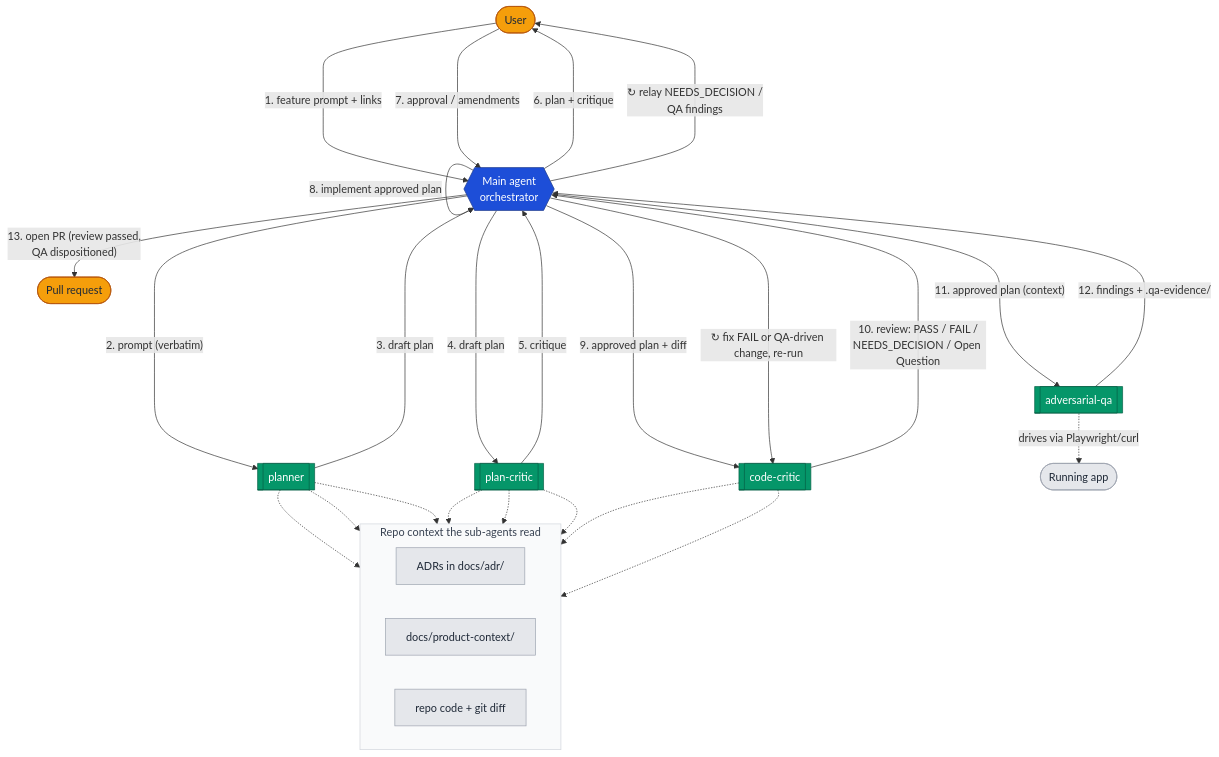
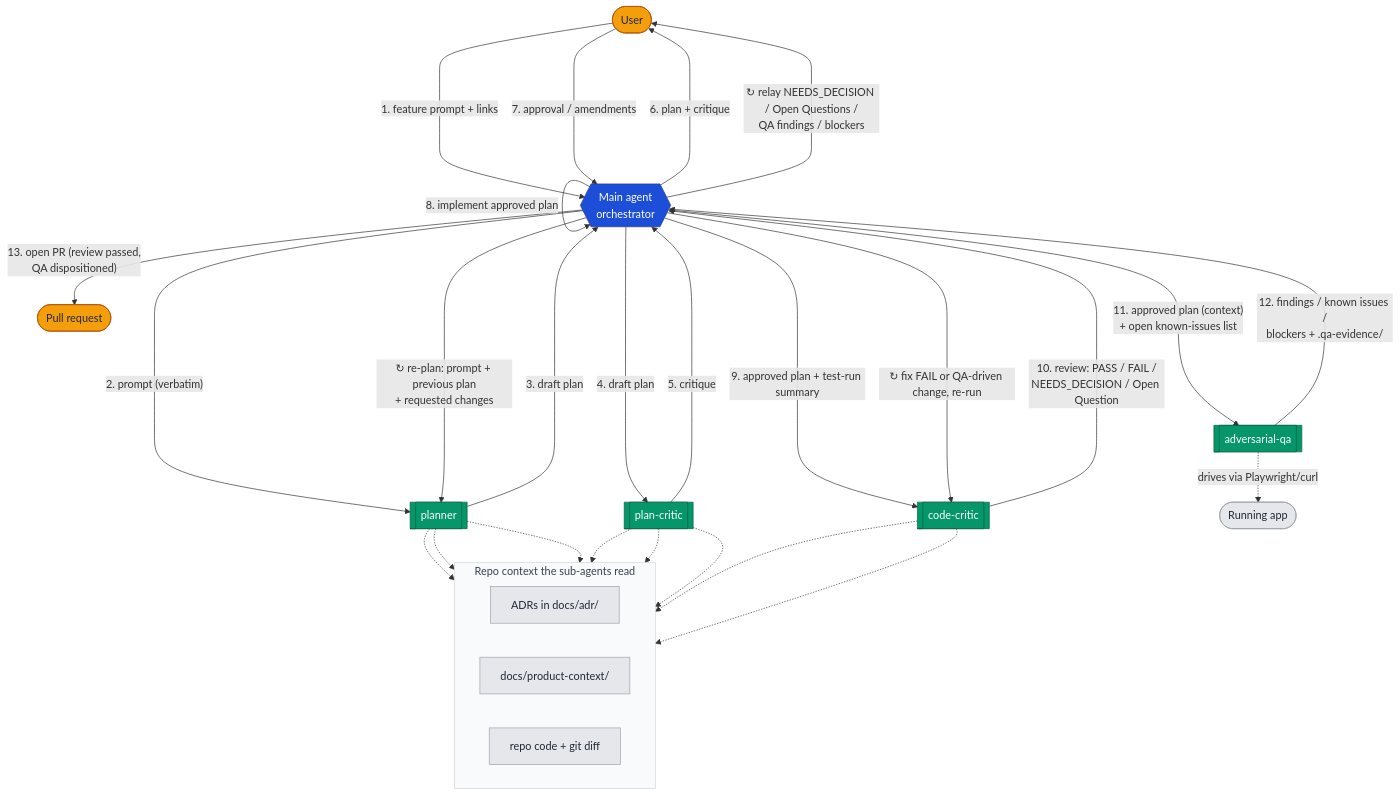
Before and after one commit to cunhaax/ai-workflow: the diagram in docs/AI-workflow.md, drawn with Mermaid. The commit also changed other lines of this file and 9 other files, not shown here.

````diff
--- a/docs/AI-workflow.md
+++ b/docs/AI-workflow.md
@@ -395,59 +401,60 @@
 ```mermaid
 flowchart TB
     User([User])
     PR([Pull request])
 
     subgraph Repo [Repo context the sub-agents read]
         direction LR
         ADR["ADRs in docs/adr/"]
         Docs["docs/product-context/"]
         Code["repo code + git diff"]
     end
 
     Main{{Main agent<br/>orchestrator}}
     Planner[[planner]]
     Critic[[plan-critic]]
     Reviewer[[code-critic]]
     QA[[adversarial-qa]]
     App([Running app])
 
     User -- "1. feature prompt + links" --> Main
 
     Main -- "2. prompt (verbatim)" --> Planner
     Planner -- "3. draft plan" ---> Main
+    Main -- "↻ re-plan: prompt + previous plan<br/>+ requested changes" ----> Planner
 
     Main -- "4. draft plan" --> Critic
     Critic -- "5. critique" ---> Main
 
     Main -- "6. plan + critique" ---> User
     User -- "7. approval / amendments" --> Main
 
     Main -- "8. implement approved plan" --> Main
 
-    Main -- "9. approved plan + diff" --> Reviewer
+    Main -- "9. approved plan + test-run summary" --> Reviewer
     Reviewer -- "10. review: PASS / FAIL /<br/>NEEDS_DECISION / Open Question" ---> Main
     Main -- "↻ fix FAIL or QA-driven change, re-run" ----> Reviewer
 
-    Main -- "11. approved plan (context)" --> QA
-    QA -- "12. findings + .qa-evidence/" ---> Main
+    Main -- "11. approved plan (context)<br/>+ open known-issues list" --> QA
+    QA -- "12. findings / known issues /<br/>blockers + .qa-evidence/" ---> Main
 
-    Main -- "↻ relay NEEDS_DECISION /<br/>QA findings" ----> User
+    Main -- "↻ relay NEEDS_DECISION / Open Questions /<br/>QA findings / blockers" ----> User
     Main -- "13. open PR (review passed,<br/>QA dispositioned)" --> PR
 
     Planner -.-> ADR & Docs & Code
     Critic -.-> ADR & Docs & Code
     Reviewer -.-> ADR & Code
     QA -. drives via Playwright/curl .-> App
 
     classDef hub fill:#1d4ed8,stroke:#1e3a8a,color:#ffffff;
     classDef agent fill:#059669,stroke:#065f46,color:#ffffff;
     classDef actor fill:#f59e0b,stroke:#b45309,color:#1f2937;
     classDef ctx fill:#e5e7eb,stroke:#9ca3af,color:#1f2937;
 
     class Main hub;
     class Planner,Critic,Reviewer,QA agent;
     class User,PR actor;
     class ADR,Docs,Code,App ctx;
 
     style Repo fill:#f9fafb,stroke:#d1d5db,color:#374151;
 ```
````
